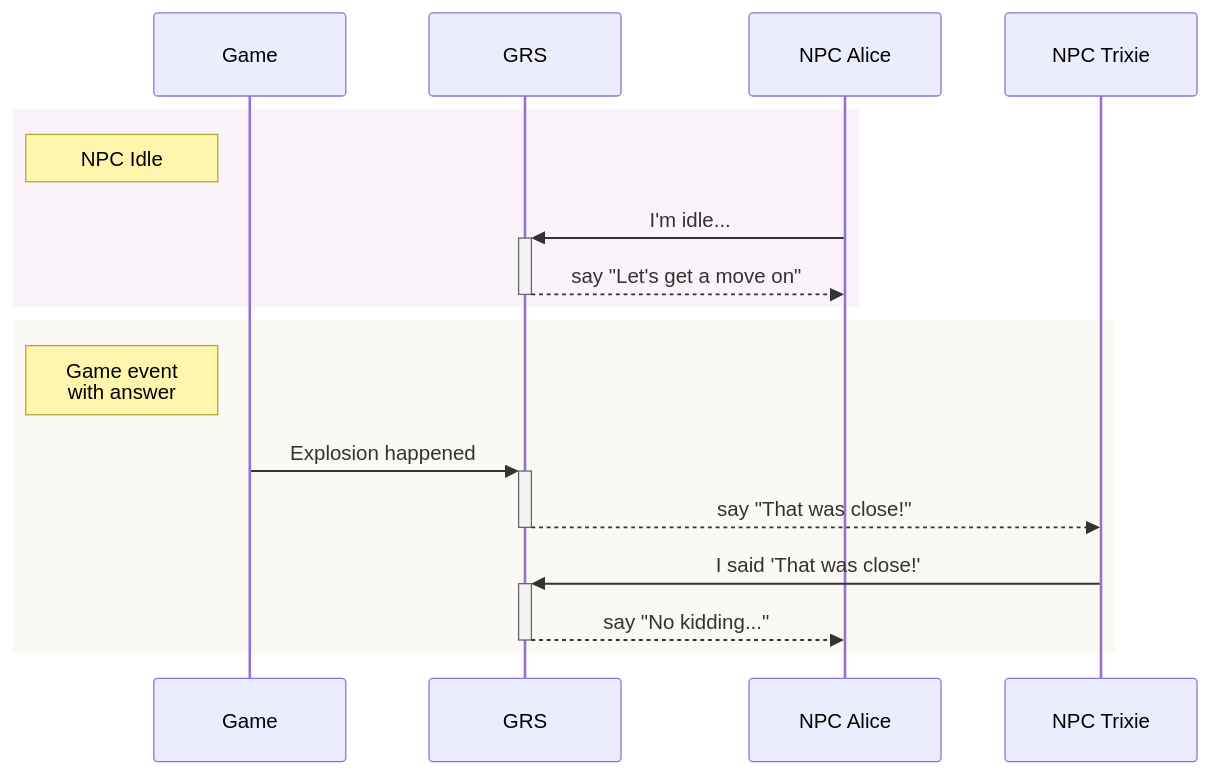
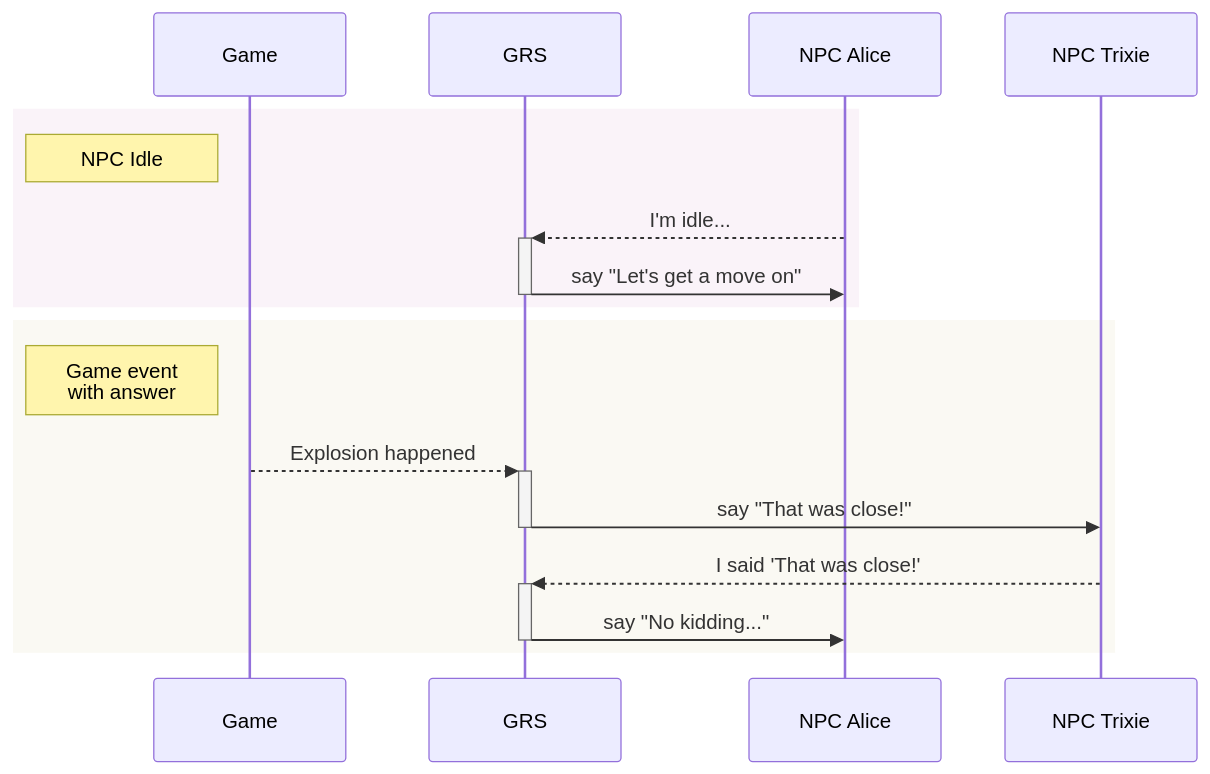
The diagram in README.md (DanielOaks/GodotResponseSystem), drawn with Mermaid before and after one commit. The commit also changed other lines of this file, not shown here.

````diff
--- a/README.md
+++ b/README.md
@@ -20,21 +20,21 @@
 ```mermaid
 sequenceDiagram
 	participant Game
 	participant GRS
 	participant NPC Alice
 	participant NPC Trixie
 
 	rect rgb(190,100,180,0.08)
 		Note left of Game: NPC Idle
-		NPC Alice ->>+ GRS: I'm idle...
-		GRS -->>- NPC Alice: say "Let's get a move on"
+		NPC Alice -->>+ GRS: I'm idle...
+		GRS ->>- NPC Alice: say "Let's get a move on"
 	end
 
 	rect rgb(190,180,100,0.08)
 		Note left of Game: Game event<br>with answer
-		Game ->>+ GRS: Explosion happened
-		GRS -->>- NPC Trixie: say "That was close!"
-		NPC Trixie ->>+ GRS: I said 'That was close!'
-		GRS -->>- NPC Alice: say "No kidding..."
+		Game -->>+ GRS: Explosion happened
+		GRS ->>- NPC Trixie: say "That was close!"
+		NPC Trixie -->>+ GRS: I said 'That was close!'
+		GRS ->>- NPC Alice: say "No kidding..."
 	end
 ```
````
